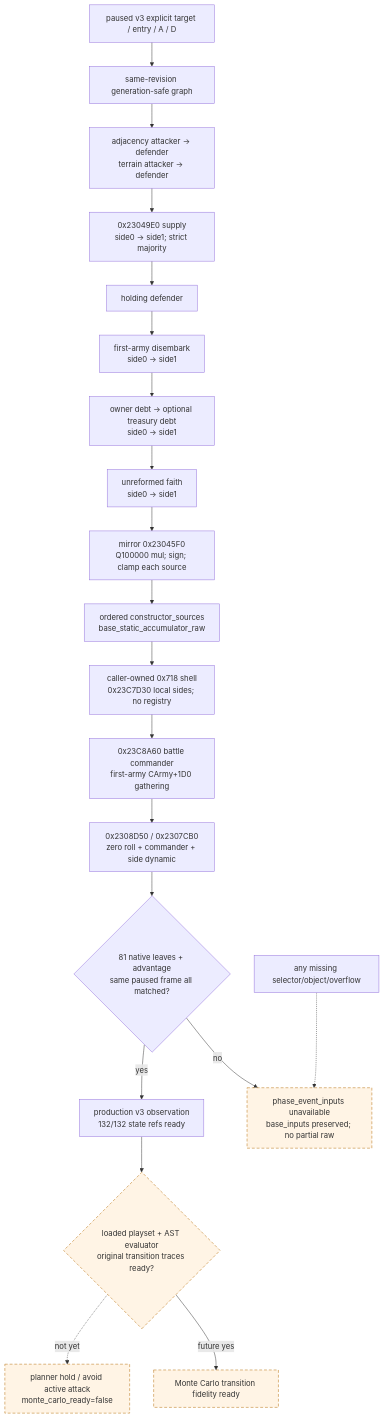
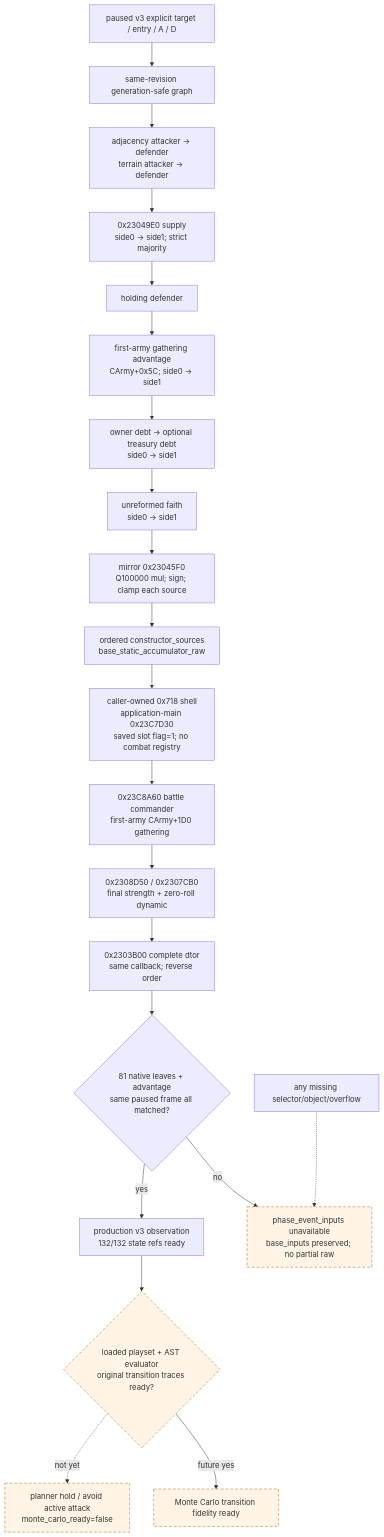
One commit to XenoAmess/ck3_eternal_recurrence changed the fifth of 12 diagrams in docs/ck3-native-ai/combat-simulation-inputs.md. Above: the diagram before and after it, drawn with Mermaid. The commit also changed other lines of this file and 54 other files, not shown here.

````diff
--- a/docs/ck3-native-ai/combat-simulation-inputs.md
+++ b/docs/ck3-native-ai/combat-simulation-inputs.md
@@ -656,24 +701,25 @@
 ```mermaid
 flowchart TD
     Q["paused v3 explicit target / entry / A / D"] --> G["same-revision generation-safe graph"]
     G --> X["adjacency attacker → defender<br/>terrain attacker → defender"]
     X --> S["0x23049E0 supply<br/>side0 → side1; strict majority"]
     S --> H["holding defender"]
-    H --> R["first-army disembark<br/>side0 → side1"]
+    H --> R["first-army gathering advantage<br/>CArmy+0x5C; side0 → side1"]
     R --> D["owner debt → optional treasury debt<br/>side0 → side1"]
     D --> F["unreformed faith<br/>side0 → side1"]
     F --> L["mirror 0x23045F0<br/>Q100000 mul; sign; clamp each source"]
     L --> B["ordered constructor_sources<br/>base_static_accumulator_raw"]
-    B --> T["caller-owned 0x718 shell<br/>0x23C7D30 local sides; no registry"]
+    B --> T["caller-owned 0x718 shell<br/>application-main 0x23C7D30<br/>saved slot flag=1; no combat registry"]
     T --> C["0x23C8A60 battle commander<br/>first-army CArmy+1D0 gathering"]
-    C --> Y["0x2308D50 / 0x2307CB0<br/>zero roll + commander + side dynamic"]
-    Y --> O{"81 native leaves + advantage<br/>same paused frame all matched?"}
+    C --> Y["0x2308D50 / 0x2307CB0<br/>final strength + zero-roll dynamic"]
+    Y --> DT["0x2303B00 complete dtor<br/>same callback; reverse order"]
+    DT --> O{"81 native leaves + advantage<br/>same paused frame all matched?"}
     O -->|yes| P["production v3 observation<br/>132/132 state refs ready"]
     O -->|no| U["phase_event_inputs unavailable<br/>base_inputs preserved; no partial raw"]
     P --> FG{"loaded playset + AST evaluator<br/>original transition traces ready?"}
     FG -. "not yet" .-> HLD["planner hold / avoid active attack<br/>monte_carlo_ready=false"]
     FG -->|future yes| MC["Monte Carlo transition fidelity ready"]
     E["any missing selector/object/overflow"] -.-> U
     classDef unknown stroke-dasharray: 6 4,fill:#fff4e5,stroke:#b36b00;
     class U,FG,HLD,MC unknown;
 ```
````
